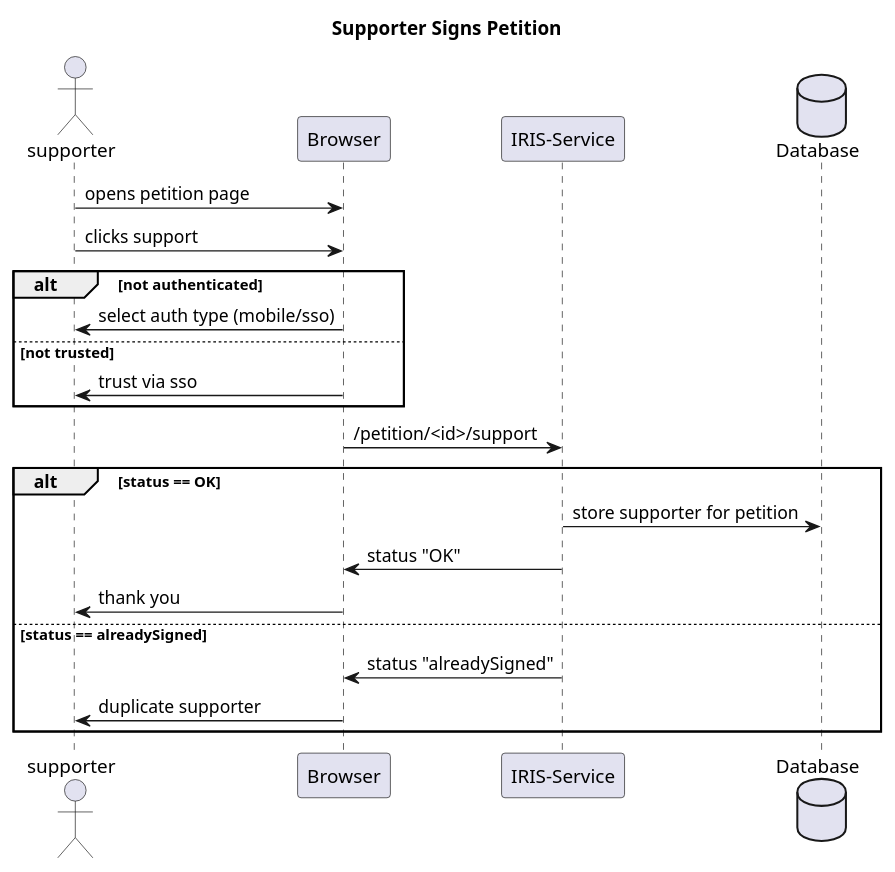
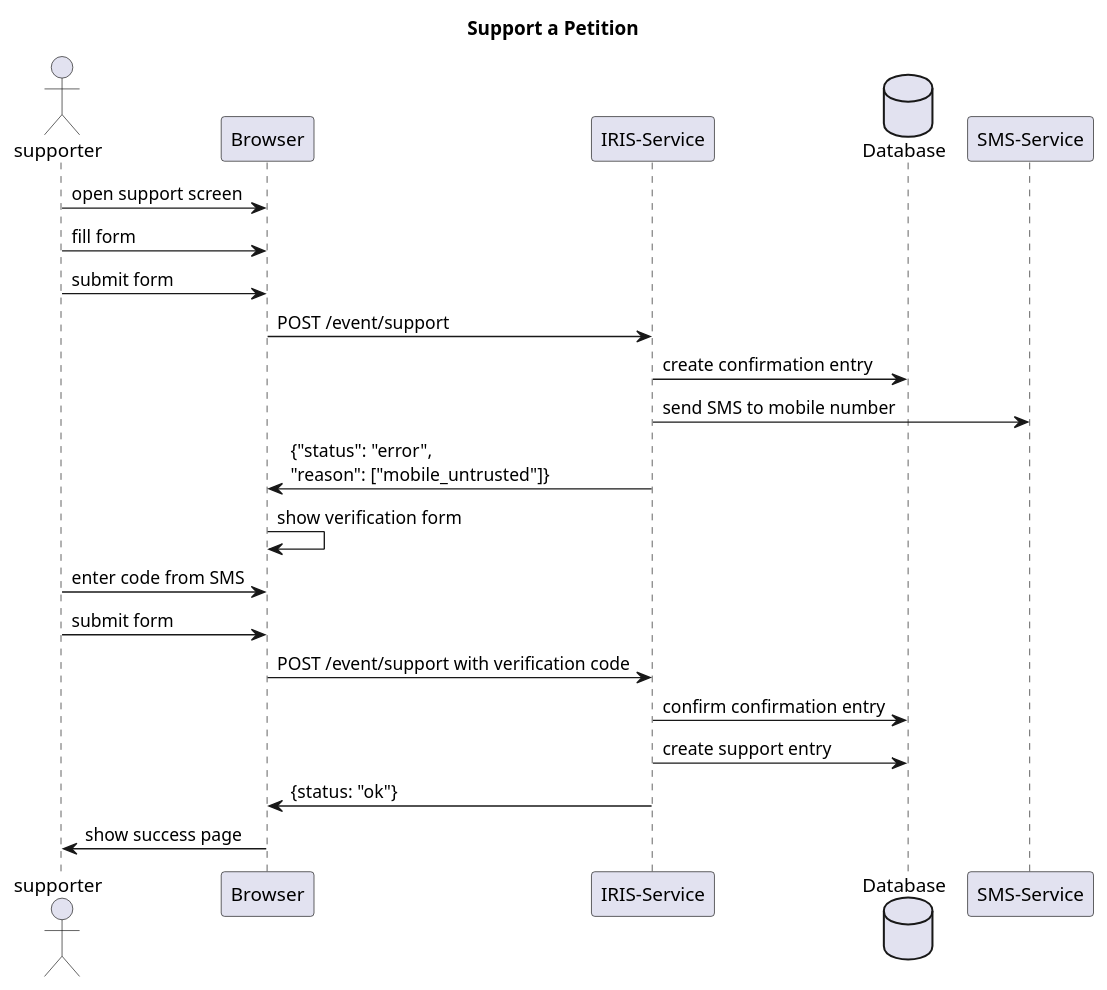
Before and after one commit to iris-dni/iris-service: the diagram in docs/supporter-flows.rst, drawn with PlantUML. The commit also changed other lines of this file and 2 other files, not shown here.

```diff
--- a/docs/supporter-flows.rst
+++ b/docs/supporter-flows.rst
@@ -14,30 +13,28 @@
 .. uml::
 
     @startuml
-    Title Supporter Signs Petition
+    Title Support a Petition
 
     actor supporter
     participant "Browser" as browser
     participant "IRIS-Service" as service
     database "Database" as db
+    participant "SMS-Service" as sms
 
-    supporter -> browser : opens petition page
-    supporter -> browser : clicks support
-
-    alt not authenticated
-      browser -> supporter : select auth type (mobile/sso)
-    else not trusted
-      browser -> supporter : trust via sso
-    end
-
-    browser -> service : /petition/<id>/support
-    alt status == OK
-        service -> db : store supporter for petition
-        service -> browser : status "OK"
-        browser -> supporter : thank you
-    else status == alreadySigned
-        service -> browser : status "alreadySigned"
-        browser -> supporter : duplicate supporter
-    end
+    supporter -> browser : open support screen
+    supporter -> browser : fill form
+    supporter -> browser : submit form
+    browser -> service : POST /event/support
+    service -> db : create confirmation entry
+    service -> sms : send SMS to mobile number
+    service -> browser : {"status": "error",\n"reason": ["mobile_untrusted"]}
+    browser -> browser : show verification form
+    supporter -> browser : enter code from SMS
+    supporter -> browser : submit form
+    browser -> service : POST /event/support with verification code
+    service -> db : confirm confirmation entry
+    service -> db : create support entry
+    service -> browser : {status: "ok"}
+    browser -> supporter : show success page
 
     @enduml
```
